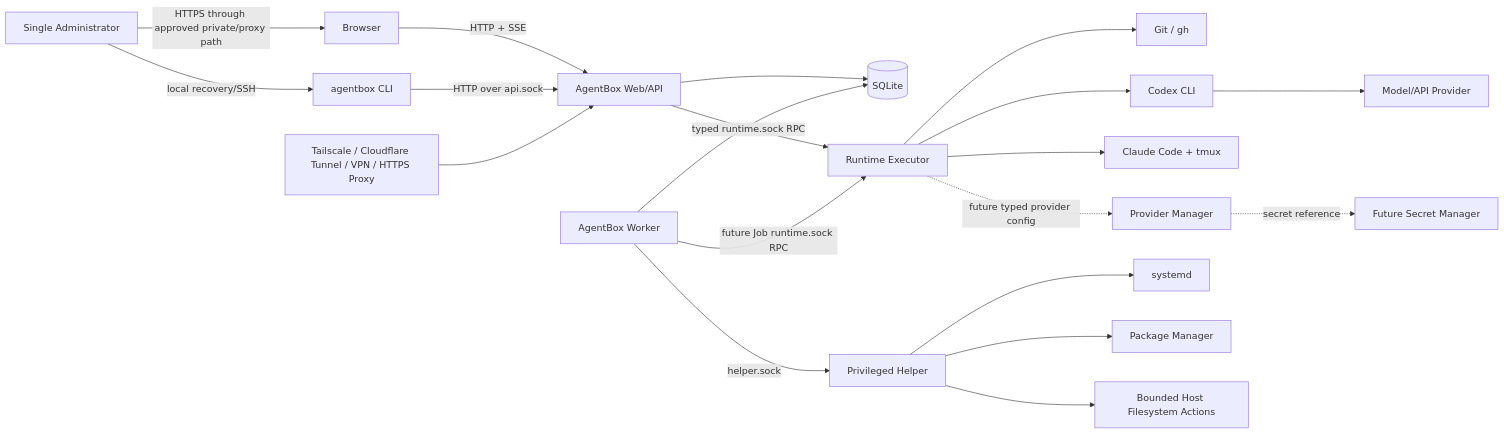
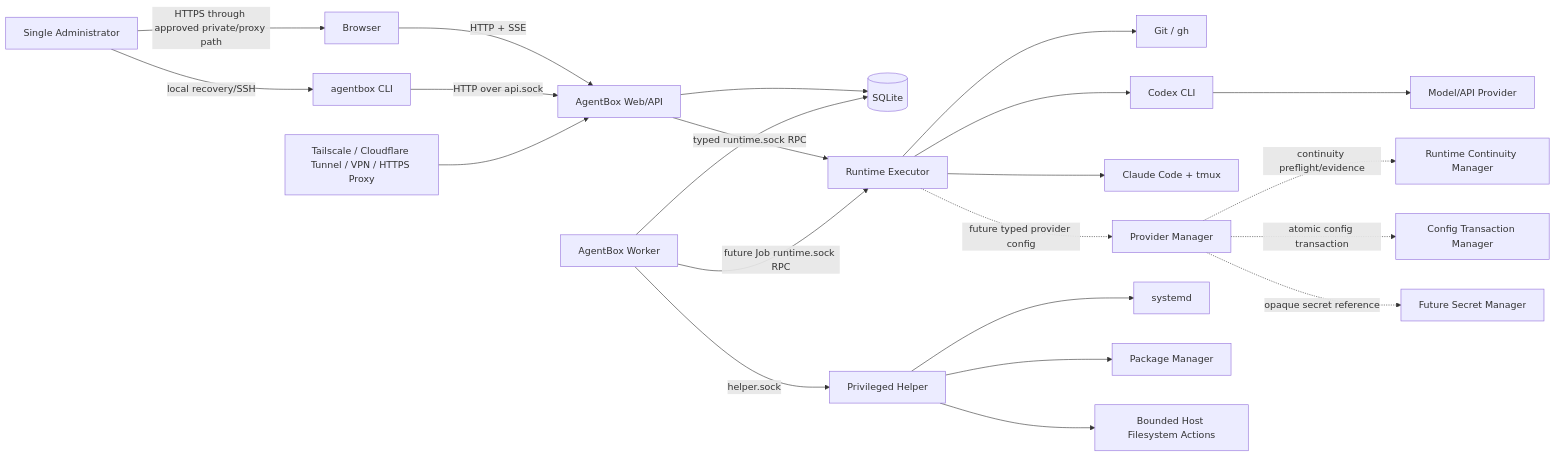
The first of 6 diagrams in docs/ARCHITECTURE.md (ForceMind/agentbox), drawn with Mermaid before and after one commit. The commit also changed other lines of this file and 11 other files, not shown here.

Commit message:
docs: strengthen provider continuity planning

````diff
--- a/docs/ARCHITECTURE.md
+++ b/docs/ARCHITECTURE.md
@@ -136,22 +138,24 @@
 ```mermaid
 flowchart LR
     Admin[Single Administrator] -->|HTTPS through approved private/proxy path| Browser[Browser]
     Admin -->|local recovery/SSH| CLI[agentbox CLI]
     Browser -->|HTTP + SSE| API[AgentBox Web/API]
     CLI -->|HTTP over api.sock| API
     API --> DB[(SQLite)]
     API -->|typed runtime.sock RPC| Runtime[Runtime Executor]
     Worker[AgentBox Worker] --> DB
     Worker -->|future Job runtime.sock RPC| Runtime
     Worker -->|helper.sock| Helper[Privileged Helper]
     Runtime --> Git[Git / gh]
     Runtime --> Codex[Codex CLI]
     Runtime --> Claude[Claude Code + tmux]
     Runtime -. future typed provider config .-> Provider[Provider Manager]
-    Provider -. secret reference .-> Secrets[Future Secret Manager]
+    Provider -. continuity preflight/evidence .-> Continuity[Runtime Continuity Manager]
+    Provider -. atomic config transaction .-> ConfigTx[Config Transaction Manager]
+    Provider -. opaque secret reference .-> Secrets[Future Secret Manager]
     Codex --> ModelAPI[Model/API Provider]
     Helper --> Systemd[systemd]
     Helper --> Packages[Package Manager]
     Helper --> HostFS[Bounded Host Filesystem Actions]
     Proxy[Tailscale / Cloudflare Tunnel / VPN / HTTPS Proxy] --> API
 ```
````
